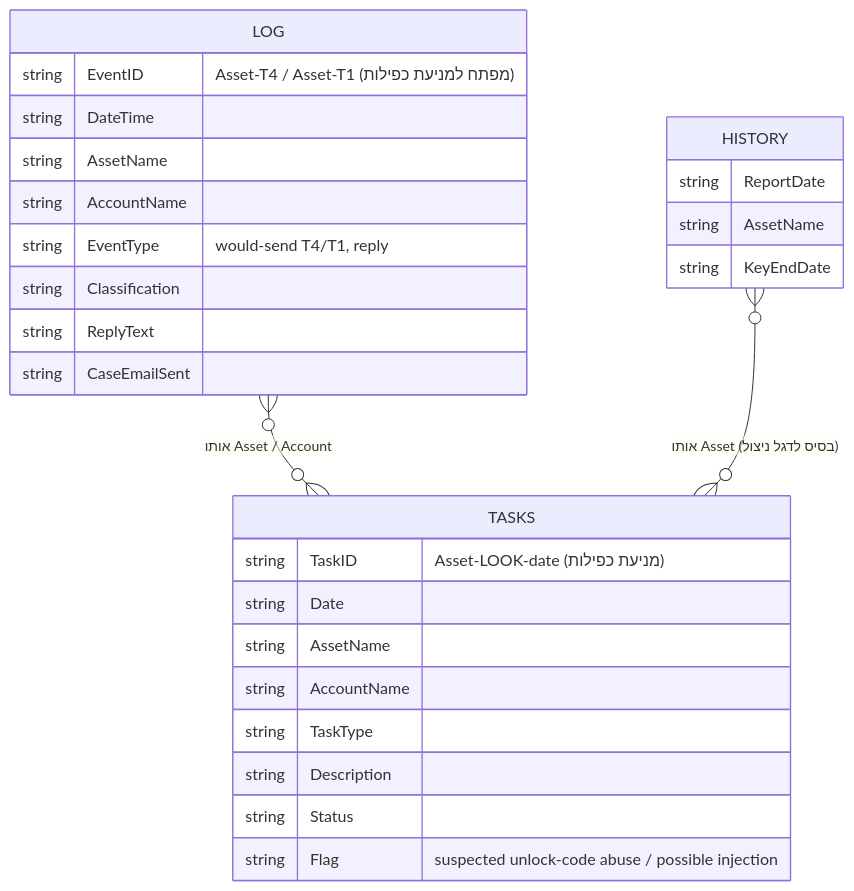
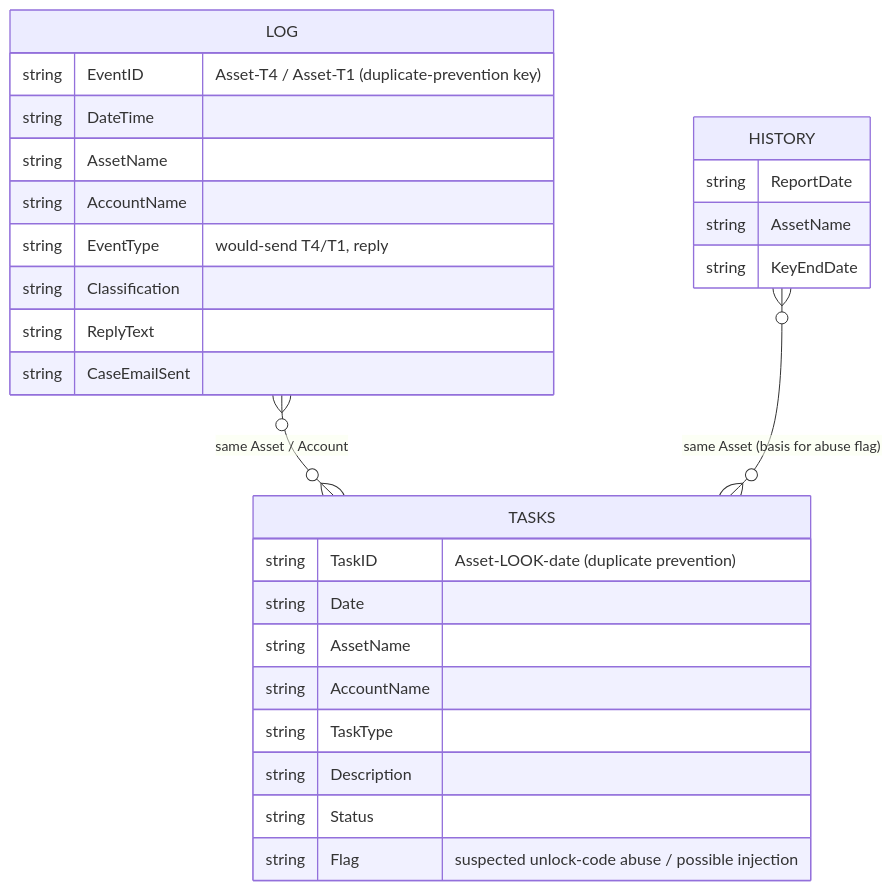
The fourth of 4 diagrams in Architecture.md (asaeltaragan-cpu/Time_limit), drawn with Mermaid before and after one commit. The commit also changed other lines of this file, not shown here.

Commit message:
Translate Architecture.md to English

````diff
--- a/Architecture.md
+++ b/Architecture.md
@@ -157,30 +157,30 @@
 ```mermaid
 erDiagram
     LOG {
-        string EventID "Asset-T4 / Asset-T1 (מפתח למניעת כפילות)"
+        string EventID "Asset-T4 / Asset-T1 (duplicate-prevention key)"
         string DateTime
         string AssetName
         string AccountName
         string EventType "would-send T4/T1, reply"
         string Classification
         string ReplyText
         string CaseEmailSent
     }
     TASKS {
-        string TaskID "Asset-LOOK-date (מניעת כפילות)"
+        string TaskID "Asset-LOOK-date (duplicate prevention)"
         string Date
         string AssetName
         string AccountName
         string TaskType
         string Description
         string Status
         string Flag "suspected unlock-code abuse / possible injection"
     }
     HISTORY {
         string ReportDate
         string AssetName
         string KeyEndDate
     }
-    LOG }o--o{ TASKS : "אותו Asset / Account"
-    HISTORY }o--o{ TASKS : "אותו Asset (בסיס לדגל ניצול)"
+    LOG }o--o{ TASKS : "same Asset / Account"
+    HISTORY }o--o{ TASKS : "same Asset (basis for abuse flag)"
 ```
````
